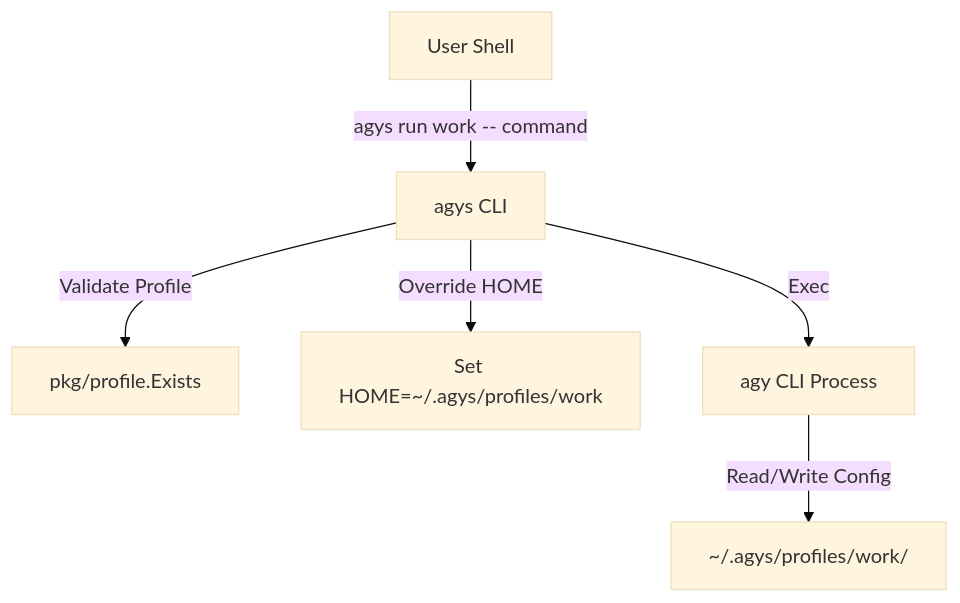
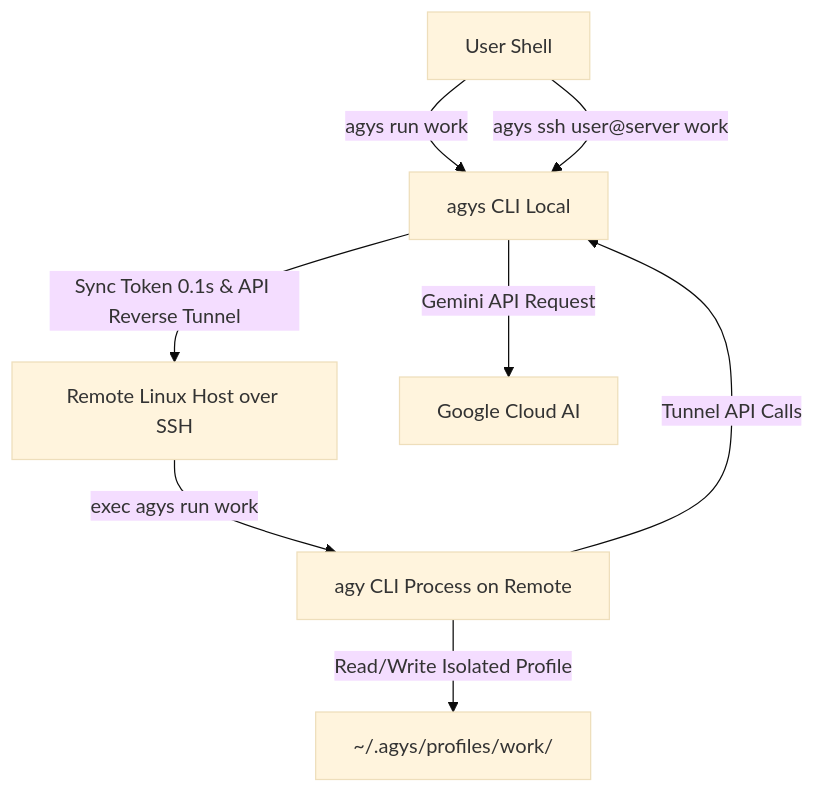
Before and after one commit to quaywin/agys: the diagram in README.md, drawn with Mermaid (base theme). The commit also changed other lines of this file and 23 other files, not shown here.

````diff
--- a/README.md
+++ b/README.md
@@ -273,8 +300,10 @@
 ```mermaid
 graph TD
-    User[User Shell] -->|agys run work -- command| AGYS[agys CLI]
-    AGYS -->|Validate Profile| Check[pkg/profile.Exists]
-    AGYS -->|Override HOME| Env[Set HOME=~/.agys/profiles/work]
-    AGYS -->|Exec| AGY[agy CLI Process]
-    AGY -->|Read/Write Config| Dir[~/.agys/profiles/work/]
+    User[User Shell] -->|agys run work| AGYS[agys CLI Local]
+    User -->|agys ssh user@server work| AGYS
+    AGYS -->|Sync Token 0.1s & API Reverse Tunnel| RemoteServer[Remote Linux Host over SSH]
+    RemoteServer -->|exec agys run work| AGY[agy CLI Process on Remote]
+    AGY -->|Read/Write Isolated Profile| Dir[~/.agys/profiles/work/]
+    AGY -->|Tunnel API Calls| AGYS
+    AGYS -->|Gemini API Request| GoogleCloud[Google Cloud AI]
 ```
````
